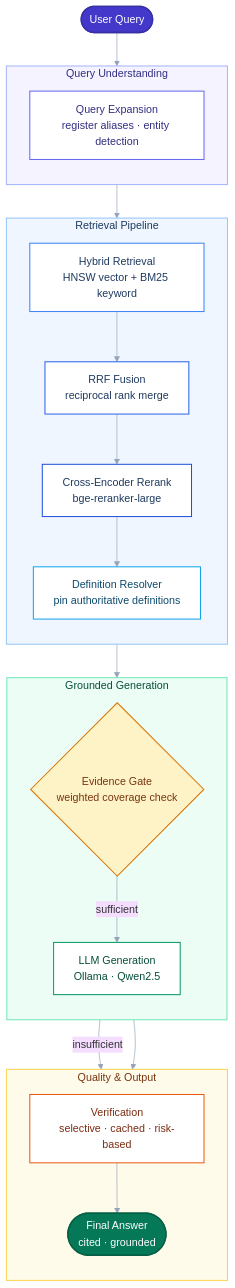
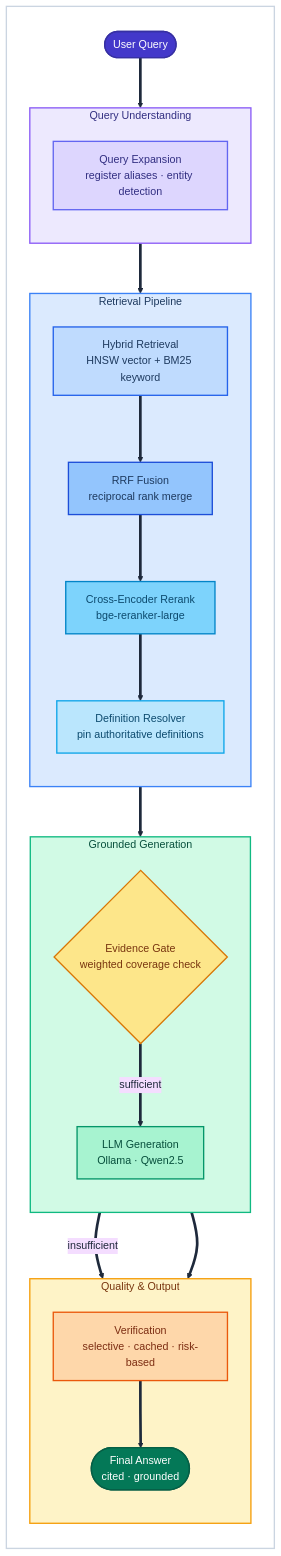
The diagram in README.md (TensorTorch777/DocIntel), drawn with Mermaid before and after one commit.

Commit message:
Improve README architecture diagram readability on GitHub.
Use a light canvas, solid node fills, and bold dark arrows so the pipeline flow stays clear in dark mode.

````diff
--- a/README.md
+++ b/README.md
@@ -28,60 +28,68 @@
 ```mermaid
-%%{init: {'theme': 'base', 'themeVariables': {'fontSize': '16px', 'fontFamily': 'Segoe UI, system-ui, sans-serif', 'lineColor': '#94A3B8'}}}%%
+%%{init: {'theme': 'base', 'themeVariables': {'fontSize': '16px', 'fontFamily': 'Segoe UI, system-ui, sans-serif', 'background': '#F8FAFC', 'lineColor': '#1E293B', 'primaryTextColor': '#1E293B', 'clusterBkg': '#F1F5F9', 'clusterBorder': '#94A3B8', 'titleColor': '#334155'}}}%%
 flowchart TB
-    Q(["User Query"])
+    subgraph CANVAS[" "]
+        direction TB
 
-    subgraph S1["Query Understanding"]
-        direction TB
-        QE["Query Expansion<br/>register aliases · entity detection"]
+        Q(["User Query"])
+
+        subgraph S1["Query Understanding"]
+            direction TB
+            QE["Query Expansion<br/>register aliases · entity detection"]
+        end
+
+        subgraph S2["Retrieval Pipeline"]
+            direction TB
+            HR["Hybrid Retrieval<br/>HNSW vector + BM25 keyword"]
+            RRF["RRF Fusion<br/>reciprocal rank merge"]
+            RER["Cross-Encoder Rerank<br/>bge-reranker-large"]
+            DR["Definition Resolver<br/>pin authoritative definitions"]
+        end
+
+        subgraph S3["Grounded Generation"]
+            direction TB
+            EG{"Evidence Gate<br/>weighted coverage check"}
+            LLM["LLM Generation<br/>Ollama · Qwen2.5"]
+        end
+
+        subgraph S4["Quality & Output"]
+            direction TB
+            VER["Verification<br/>selective · cached · risk-based"]
+            ANS(["Final Answer<br/>cited · grounded"])
+        end
+
+        Q ==> QE
+        QE ==> HR
+        HR ==> RRF
+        RRF ==> RER
+        RER ==> DR
+        DR ==> EG
+        EG ==>|sufficient| LLM
+        EG ==>|insufficient| ANS
+        LLM ==> VER
+        VER ==> ANS
     end
 
-    subgraph S2["Retrieval Pipeline"]
-        direction TB
-        HR["Hybrid Retrieval<br/>HNSW vector + BM25 keyword"]
-        RRF["RRF Fusion<br/>reciprocal rank merge"]
-        RER["Cross-Encoder Rerank<br/>bge-reranker-large"]
-        DR["Definition Resolver<br/>pin authoritative definitions"]
-    end
+    linkStyle 0,1,2,3,4,5,6,7,8,9 stroke:#1E293B,stroke-width:4px,color:#1E293B
 
-    subgraph S3["Grounded Generation"]
-        direction TB
-        EG{"Evidence Gate<br/>weighted coverage check"}
-        LLM["LLM Generation<br/>Ollama · Qwen2.5"]
-    end
-
-    subgraph S4["Quality & Output"]
-        direction TB
-        VER["Verification<br/>selective · cached · risk-based"]
-        ANS(["Final Answer<br/>cited · grounded"])
-    end
-
-    Q --> QE
-    QE --> HR
-    HR --> RRF
-    RRF --> RER
-    RER --> DR
-    DR --> EG
-    EG -->|sufficient| LLM
-    EG -->|insufficient| ANS
-    LLM --> VER
-    VER --> ANS
+    style CANVAS fill:#FFFFFF,stroke:#CBD5E1,color:#334155,stroke-width:2px
 
     style Q fill:#4338CA,stroke:#3730A3,color:#FFFFFF,stroke-width:2px
     style ANS fill:#047857,stroke:#065F46,color:#FFFFFF,stroke-width:2px
 
-    style S1 fill:#F5F3FF,stroke:#A5B4FC,color:#312E81,stroke-width:1.5px
-    style S2 fill:#EFF6FF,stroke:#93C5FD,color:#1E3A5F,stroke-width:1.5px
-    style S3 fill:#ECFDF5,stroke:#6EE7B7,color:#064E3B,stroke-width:1.5px
-    style S4 fill:#FFFBEB,stroke:#FCD34D,color:#78350F,stroke-width:1.5px
+    style S1 fill:#EDE9FE,stroke:#8B5CF6,color:#312E81,stroke-width:2px
+    style S2 fill:#DBEAFE,stroke:#3B82F6,color:#1E3A5F,stroke-width:2px
+    style S3 fill:#D1FAE5,stroke:#10B981,color:#064E3B,stroke-width:2px
+    style S4 fill:#FEF3C7,stroke:#F59E0B,color:#78350F,stroke-width:2px
 
-    style QE fill:#FFFFFF,stroke:#6366F1,color:#312E81,stroke-width:1.5px
-    style HR fill:#FFFFFF,stroke:#3B82F6,color:#1E3A5F,stroke-width:1.5px
-    style RRF fill:#FFFFFF,stroke:#2563EB,color:#1E3A5F,stroke-width:1.5px
-    style RER fill:#FFFFFF,stroke:#1D4ED8,color:#1E3A5F,stroke-width:1.5px
-    style DR fill:#FFFFFF,stroke:#0EA5E9,color:#0C4A6E,stroke-width:1.5px
+    style QE fill:#DDD6FE,stroke:#6366F1,color:#312E81,stroke-width:2px
+    style HR fill:#BFDBFE,stroke:#2563EB,color:#1E3A5F,stroke-width:2px
+    style RRF fill:#93C5FD,stroke:#1D4ED8,color:#1E3A5F,stroke-width:2px
+    style RER fill:#7DD3FC,stroke:#0284C7,color:#0C4A6E,stroke-width:2px
+    style DR fill:#BAE6FD,stroke:#0EA5E9,color:#0C4A6E,stroke-width:2px
 
-    style EG fill:#FEF3C7,stroke:#D97706,color:#78350F,stroke-width:1.5px
-    style LLM fill:#FFFFFF,stroke:#059669,color:#064E3B,stroke-width:1.5px
+    style EG fill:#FDE68A,stroke:#D97706,color:#78350F,stroke-width:2px
+    style LLM fill:#A7F3D0,stroke:#059669,color:#064E3B,stroke-width:2px
 
-    style VER fill:#FFFFFF,stroke:#EA580C,color:#7C2D12,stroke-width:1.5px
+    style VER fill:#FED7AA,stroke:#EA580C,color:#7C2D12,stroke-width:2px
 ```
````
